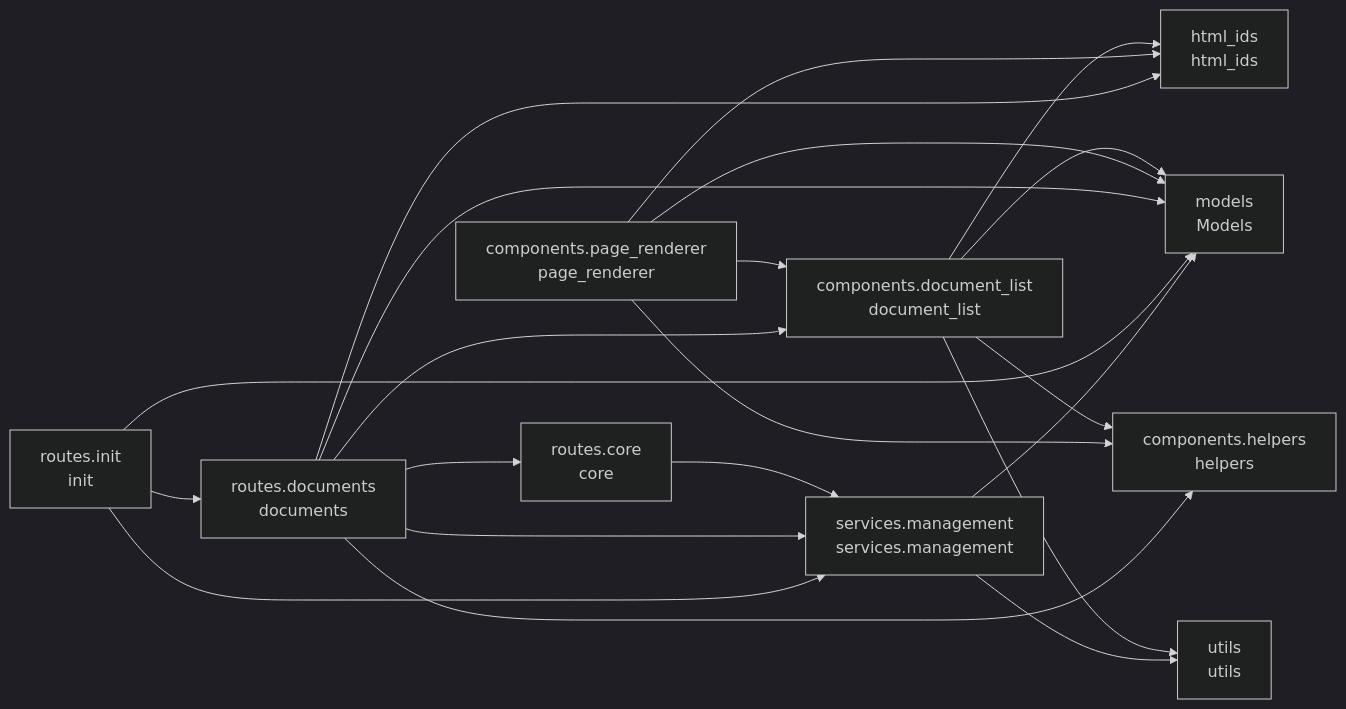
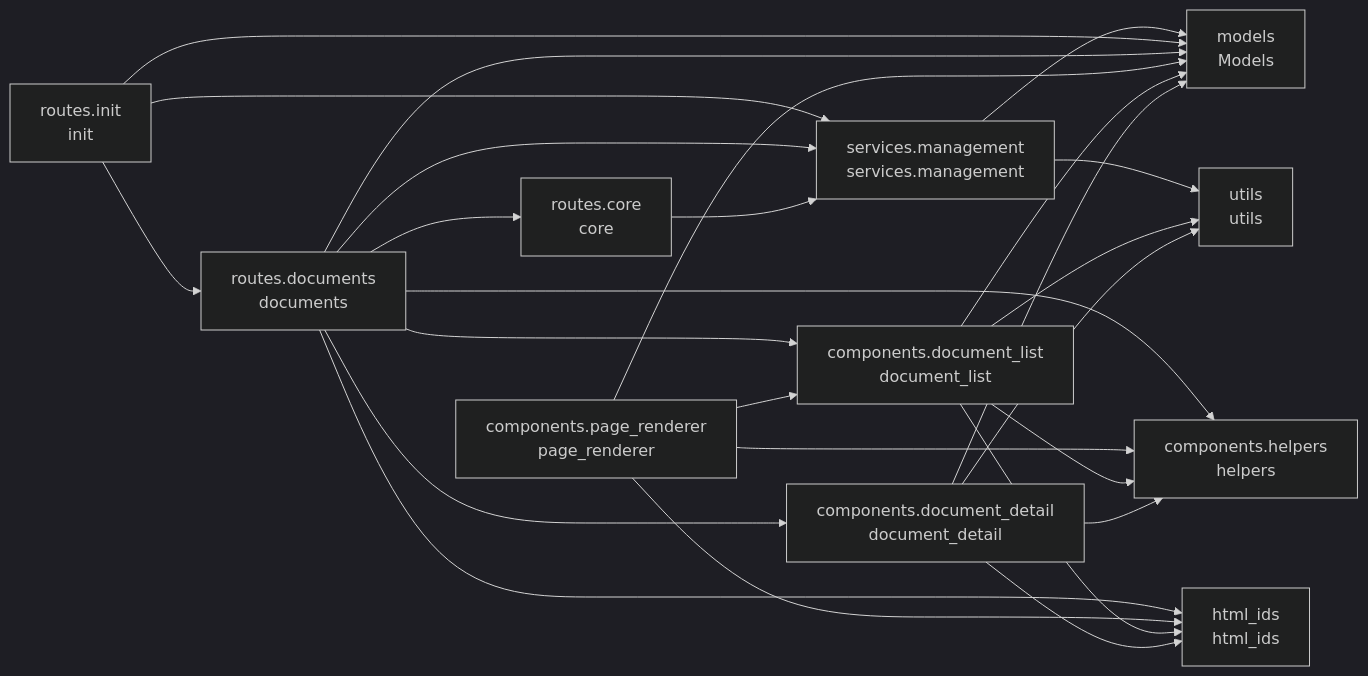
The diagram in README.md (cj-mills/cjm-transcript-workflow-management), drawn with Mermaid (dark theme) before and after one commit. The commit also changed other lines of this file and 8 other files, not shown here.

Commit message:
Phase 4: Add document detail dashboard with info, stats, integrity checks, sample segments, and query-param routing.

````diff
--- a/README.md
+++ b/README.md
@@ -33,34 +34,40 @@
 ``` mermaid
 graph LR
+    components_document_detail[components.document_detail<br/>document_detail]
     components_document_list[components.document_list<br/>document_list]
     components_helpers[components.helpers<br/>helpers]
     components_page_renderer[components.page_renderer<br/>page_renderer]
     html_ids[html_ids<br/>html_ids]
     models[models<br/>Models]
     routes_core[routes.core<br/>core]
     routes_documents[routes.documents<br/>documents]
     routes_init[routes.init<br/>init]
     services_management[services.management<br/>services.management]
     utils[utils<br/>utils]
 
-    components_document_list --> components_helpers
+    components_document_detail --> utils
+    components_document_detail --> components_helpers
+    components_document_detail --> models
+    components_document_detail --> html_ids
     components_document_list --> utils
     components_document_list --> models
     components_document_list --> html_ids
+    components_document_list --> components_helpers
+    components_page_renderer --> models
+    components_page_renderer --> html_ids
+    components_page_renderer --> components_document_list
     components_page_renderer --> components_helpers
-    components_page_renderer --> models
-    components_page_renderer --> components_document_list
-    components_page_renderer --> html_ids
     routes_core --> services_management
     routes_documents --> services_management
+    routes_documents --> routes_core
+    routes_documents --> components_document_detail
+    routes_documents --> components_document_list
+    routes_documents --> models
     routes_documents --> components_helpers
-    routes_documents --> components_document_list
     routes_documents --> html_ids
-    routes_documents --> routes_core
-    routes_documents --> models
     routes_init --> services_management
+    routes_init --> models
     routes_init --> routes_documents
-    routes_init --> models
+    services_management --> models
     services_management --> utils
-    services_management --> models
 ```
````
